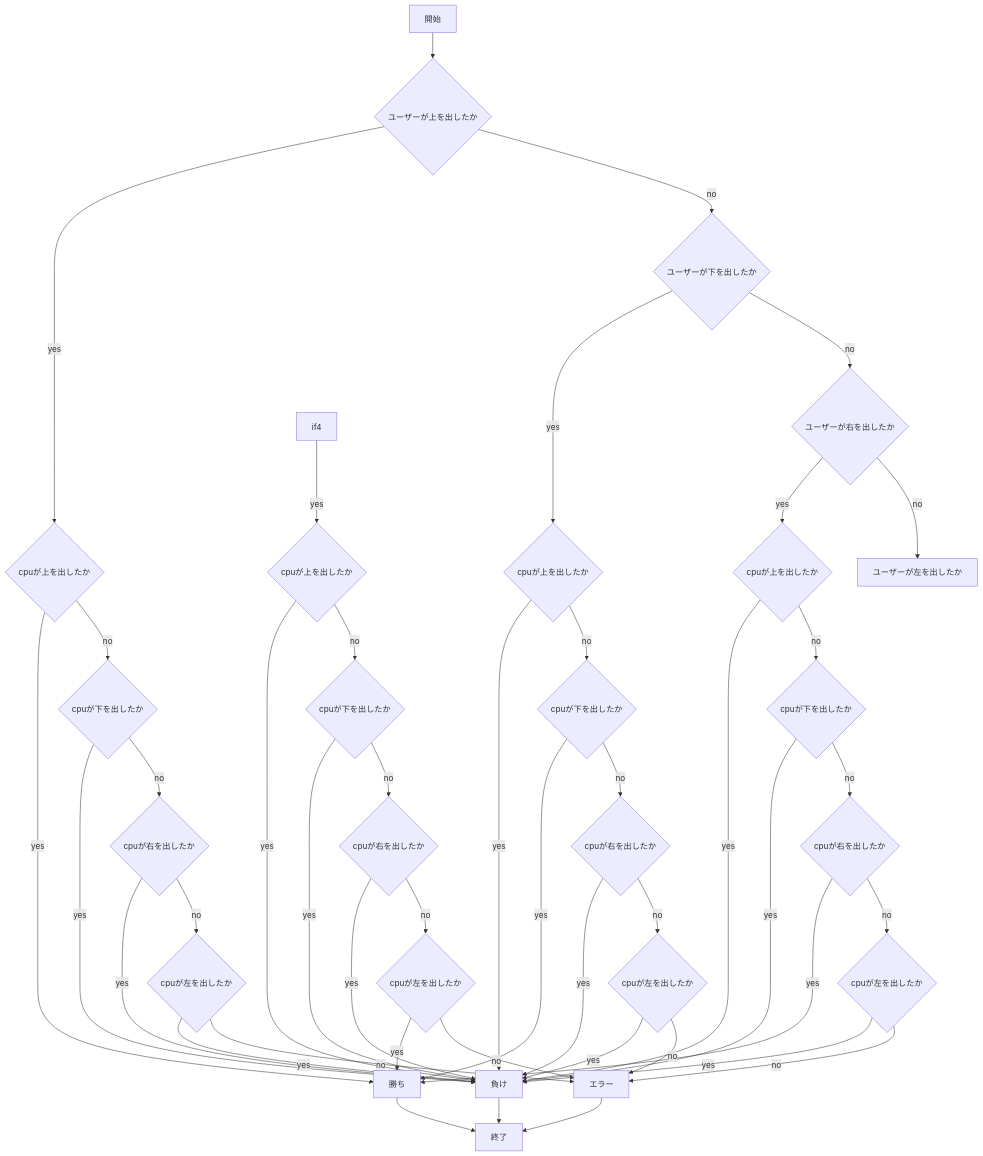
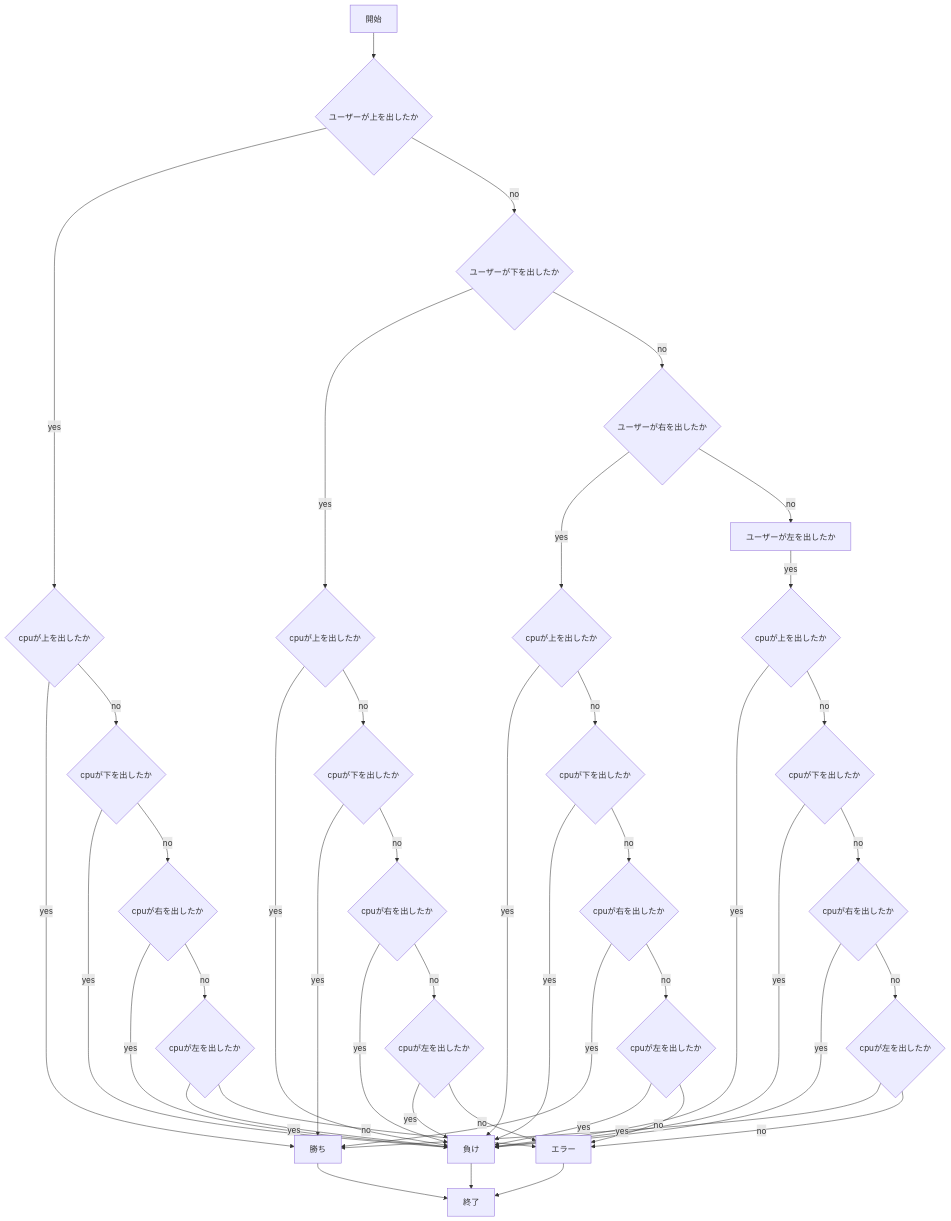
One commit to Riu4979/webpro_06 changed the third of 4 diagrams in README.md. Above: the diagram before and after it, drawn with Mermaid.

Commit message:
md今度こそ完成

````diff
--- a/README.md
+++ b/README.md
@@ -143,73 +143,73 @@
 ```mermaid
 flowchart TD;
 
 start["開始"]
 end1["終了"]
 if1{"ユーザーが上を出したか"}
 if2{"ユーザーが下を出したか"}
 if3{"ユーザーが右を出したか"}
 judgement["ユーザーが左を出したか"]
 if5{"cpuが上を出したか"}
 if6{"cpuが下を出したか"}
 if7{"cpuが右を出したか"}
 if8{"cpuが左を出したか"}
 if9{"cpuが上を出したか"}
 if10{"cpuが下を出したか"}
 if11{"cpuが右を出したか"}
 if12{"cpuが左を出したか"}
 if13{"cpuが上を出したか"}
 if14{"cpuが下を出したか"}
 if15{"cpuが右を出したか"}
 if16{"cpuが左を出したか"}
 if17{"cpuが上を出したか"}
 if18{"cpuが下を出したか"}
 if19{"cpuが右を出したか"}
 if20{"cpuが左を出したか"}
 win["勝ち"]
 lose["負け"]
 error["エラー"]
 
 start --> if1
 if1 -->|yes|if5
 if1 -->|no|if2
 if5 -->|yes|win
 if5 -->|no|if6
 if6 -->|yes|lose
 if6 -->|no|if7
 if7 -->|yes|lose
 if7 -->|no|if8
 if8 -->|yes|lose
 if8 -->|no|error
 if2 -->|yes|if9
 if2 -->|no|if3
 if9 -->|yes|lose
 if9 -->|no|if10
 if10 -->|yes|win
 if10 -->|no|if11
 if11 -->|yes|lose
 if11 -->|no|if12
 if12 -->|yes|lose
 if12 -->|no|error
 if3 -->|yes|if13
 if3 -->|no|judgement
 if13 -->|yes|lose
 if13 -->|no|if14
 if14 -->|yes|lose
 if14 -->|no|if15
 if15 -->|yes|win
 if15 -->|no|if16
 if16 -->|yes|lose
 if16 -->|no|error
-if4 -->|yes|if17
+judgement -->|yes|if17
 if17 -->|yes|lose
 if17 -->|no|if18
 if18 -->|yes|lose
 if18 -->|no|if19
 if19 -->|yes|lose
 if19 -->|no|if20
 if20 -->|yes|win
 if20 -->|no|error
 win --> end1
 lose --> end1
 error --> end1
 ```
````
